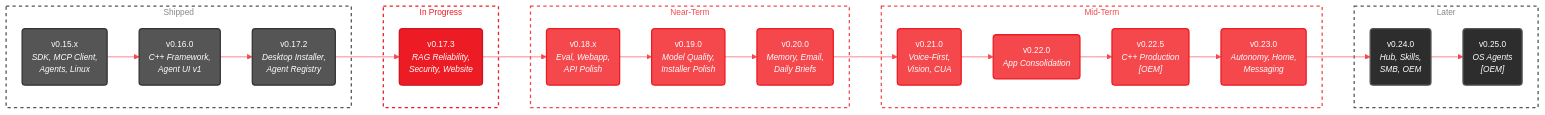
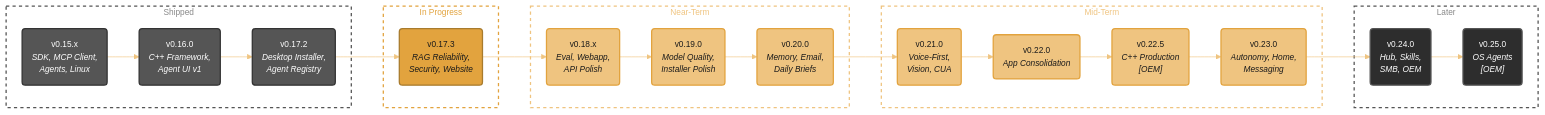
The diagram in docs/roadmap.mdx (amd/gaia), drawn with Mermaid before and after one commit. The commit also changed 37 other files, not shown here.

````diff
--- a/docs/roadmap.mdx
+++ b/docs/roadmap.mdx
@@ -20,53 +20,53 @@
 ```mermaid
-%%{init: {'theme':'base', 'themeVariables': { 'primaryColor':'#ED1C24', 'primaryTextColor':'#fff', 'primaryBorderColor':'#C8171E', 'lineColor':'#F4484D', 'secondaryColor':'#2d2d2d', 'tertiaryColor':'#f5f5f5', 'fontSize':'13px', 'fontFamily': 'system-ui, -apple-system, sans-serif'}}}%%
+%%{init: {'theme':'base', 'themeVariables': { 'primaryColor':'#E2A33E', 'primaryTextColor':'#1a1a1a', 'primaryBorderColor':'#A87B2D', 'lineColor':'#EFC480', 'secondaryColor':'#2d2d2d', 'tertiaryColor':'#f5f5f5', 'fontSize':'13px', 'fontFamily': 'system-ui, -apple-system, sans-serif'}}}%%
 graph LR
     subgraph Shipped["Shipped"]
         V15("v0.15.x<br/><i>SDK, MCP Client,<br/>Agents, Linux</i>")
         V16("v0.16.0<br/><i>C++ Framework,<br/>Agent UI v1</i>")
         V172("v0.17.2<br/><i>Desktop Installer,<br/>Agent Registry</i>")
     end
 
     subgraph Current["In Progress"]
         V173("v0.17.3<br/><i>RAG Reliability,<br/>Security, Website</i>")
     end
 
     subgraph Near["Near-Term"]
         V18("v0.18.x<br/><i>Eval, Webapp,<br/>API Polish</i>")
         V19("v0.19.0<br/><i>Model Quality,<br/>Installer Polish</i>")
         V20("v0.20.0<br/><i>Memory, Email,<br/>Daily Briefs</i>")
     end
 
     subgraph Mid["Mid-Term"]
         V21("v0.21.0<br/><i>Voice-First,<br/>Vision, CUA</i>")
         V220("v0.22.0<br/><i>App Consolidation</i>")
         V22("v0.22.5<br/><i>C++ Production<br/>[OEM]</i>")
         V23("v0.23.0<br/><i>Autonomy, Home,<br/>Messaging</i>")
     end
 
     subgraph Later["Later"]
         V24("v0.24.0<br/><i>Hub, Skills,<br/>SMB, OEM</i>")
         V25("v0.25.0<br/><i>OS Agents<br/>[OEM]</i>")
     end
 
     V15 --> V16 --> V172 --> V173 --> V18 --> V19 --> V20 --> V21 --> V220 --> V22 --> V23 --> V24 --> V25
 
     style V15 fill:#555,stroke:#333,stroke-width:2px,color:#fff
     style V16 fill:#555,stroke:#333,stroke-width:2px,color:#fff
     style V172 fill:#555,stroke:#333,stroke-width:2px,color:#fff
-    style V173 fill:#ED1C24,stroke:#C8171E,stroke-width:2px,color:#fff
-    style V18 fill:#F4484D,stroke:#ED1C24,stroke-width:2px,color:#fff
-    style V19 fill:#F4484D,stroke:#ED1C24,stroke-width:2px,color:#fff
-    style V20 fill:#F4484D,stroke:#ED1C24,stroke-width:2px,color:#fff
-    style V21 fill:#F4484D,stroke:#ED1C24,stroke-width:2px,color:#fff
-    style V220 fill:#F4484D,stroke:#ED1C24,stroke-width:2px,color:#fff
-    style V22 fill:#F4484D,stroke:#ED1C24,stroke-width:2px,color:#fff
-    style V23 fill:#F4484D,stroke:#ED1C24,stroke-width:2px,color:#fff
+    style V173 fill:#E2A33E,stroke:#A87B2D,stroke-width:2px,color:#1a1a1a
+    style V18 fill:#EFC480,stroke:#E2A33E,stroke-width:2px,color:#1a1a1a
+    style V19 fill:#EFC480,stroke:#E2A33E,stroke-width:2px,color:#1a1a1a
+    style V20 fill:#EFC480,stroke:#E2A33E,stroke-width:2px,color:#1a1a1a
+    style V21 fill:#EFC480,stroke:#E2A33E,stroke-width:2px,color:#1a1a1a
+    style V220 fill:#EFC480,stroke:#E2A33E,stroke-width:2px,color:#1a1a1a
+    style V22 fill:#EFC480,stroke:#E2A33E,stroke-width:2px,color:#1a1a1a
+    style V23 fill:#EFC480,stroke:#E2A33E,stroke-width:2px,color:#1a1a1a
     style V24 fill:#2d2d2d,stroke:#555,stroke-width:2px,color:#fff
     style V25 fill:#2d2d2d,stroke:#555,stroke-width:2px,color:#fff
 
     style Shipped fill:transparent,stroke:#555,stroke-width:2px,stroke-dasharray: 5 5,color:#888
-    style Current fill:transparent,stroke:#ED1C24,stroke-width:2px,stroke-dasharray: 5 5,color:#ED1C24
-    style Near fill:transparent,stroke:#F4484D,stroke-width:2px,stroke-dasharray: 5 5,color:#F4484D
-    style Mid fill:transparent,stroke:#F4484D,stroke-width:2px,stroke-dasharray: 5 5,color:#F4484D
+    style Current fill:transparent,stroke:#E2A33E,stroke-width:2px,stroke-dasharray: 5 5,color:#E2A33E
+    style Near fill:transparent,stroke:#EFC480,stroke-width:2px,stroke-dasharray: 5 5,color:#EFC480
+    style Mid fill:transparent,stroke:#EFC480,stroke-width:2px,stroke-dasharray: 5 5,color:#EFC480
     style Later fill:transparent,stroke:#555,stroke-width:2px,stroke-dasharray: 5 5,color:#888
 ```
````
